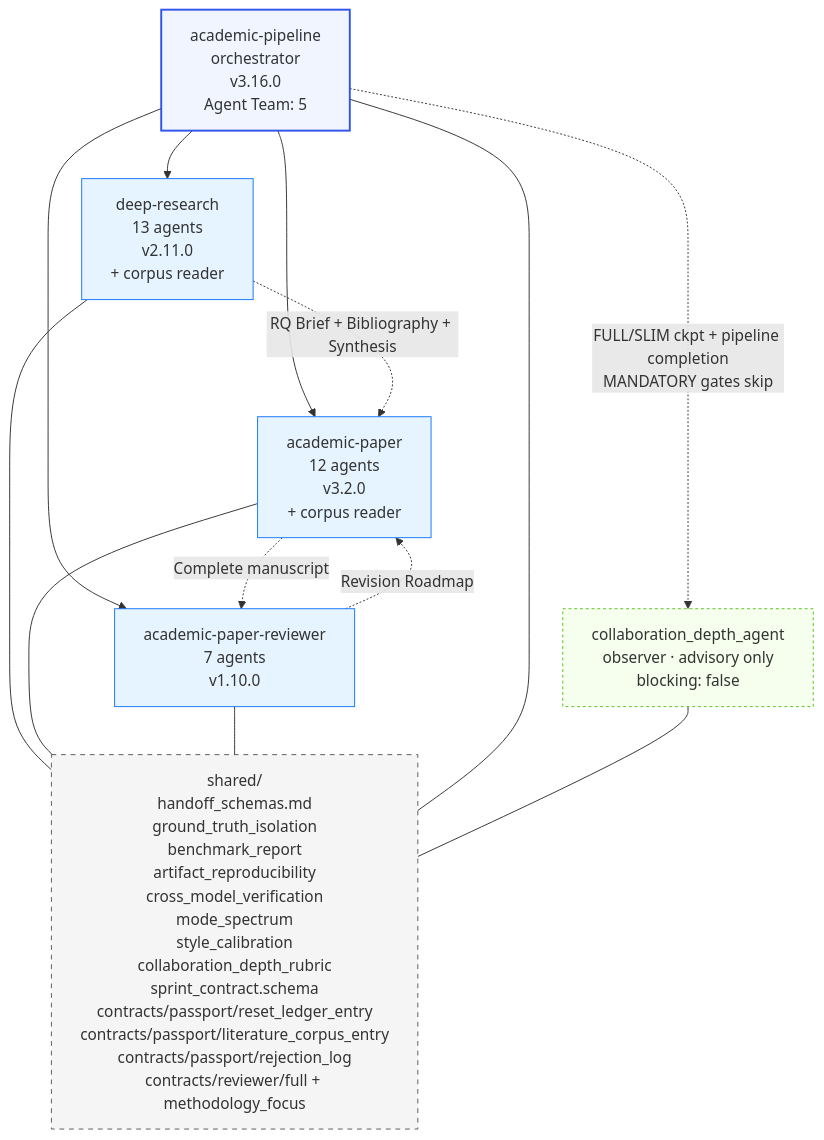
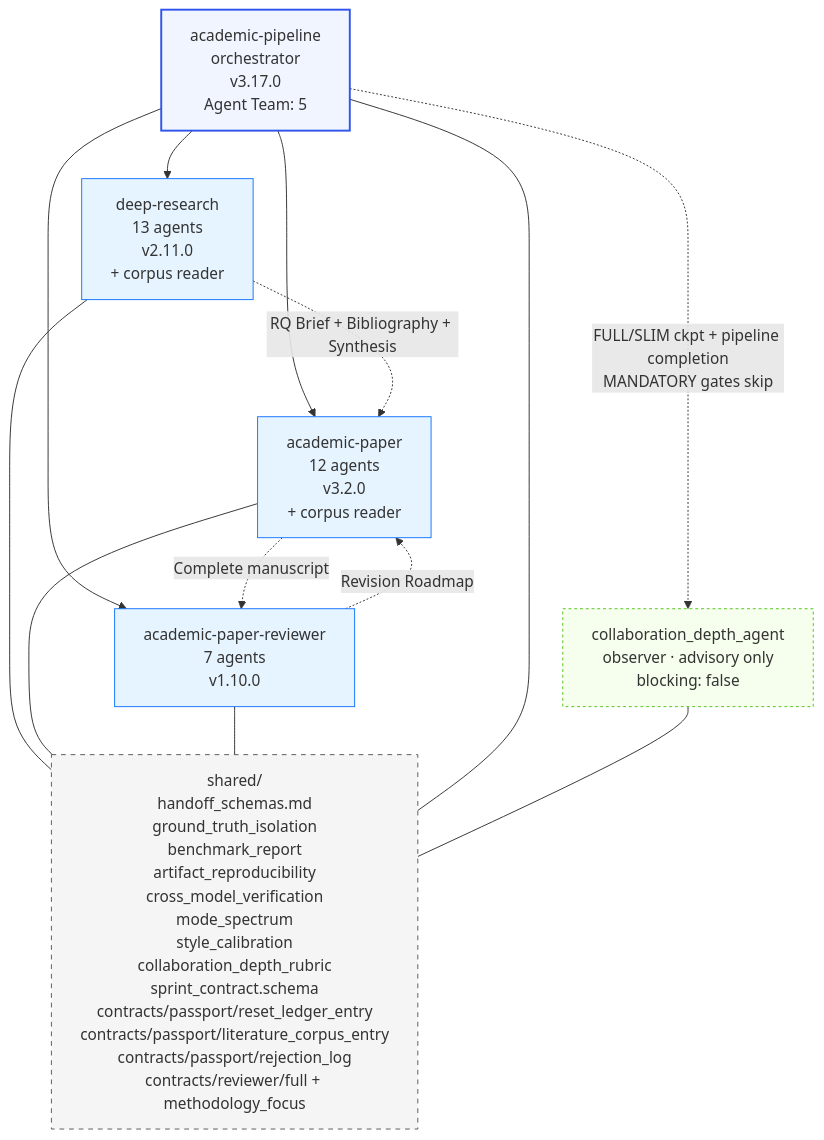
One commit to Imbad0202/academic-research-skills changed the fourth of 5 diagrams in docs/ARCHITECTURE.md. Above: the diagram before and after it, drawn with Mermaid. The commit also changed other lines of this file and 14 other files, not shown here.

````diff
--- a/docs/ARCHITECTURE.md
+++ b/docs/ARCHITECTURE.md
@@ -201,31 +201,31 @@
 ```mermaid
 graph TD
-    Pipeline[academic-pipeline<br/>orchestrator<br/>v3.16.0<br/>Agent Team: 5]
+    Pipeline[academic-pipeline<br/>orchestrator<br/>v3.17.0<br/>Agent Team: 5]
     Observer[collaboration_depth_agent<br/>observer · advisory only<br/>blocking: false]
     DR[deep-research<br/>13 agents<br/>v2.11.0<br/>+ corpus reader]
     AP[academic-paper<br/>12 agents<br/>v3.2.0<br/>+ corpus reader]
     APR[academic-paper-reviewer<br/>7 agents<br/>v1.10.0]
     Shared[shared/<br/>handoff_schemas.md<br/>ground_truth_isolation<br/>benchmark_report<br/>artifact_reproducibility<br/>cross_model_verification<br/>mode_spectrum<br/>style_calibration<br/>collaboration_depth_rubric<br/>sprint_contract.schema<br/>contracts/passport/reset_ledger_entry<br/>contracts/passport/literature_corpus_entry<br/>contracts/passport/rejection_log<br/>contracts/reviewer/full + methodology_focus]
 
     Pipeline --> DR
     Pipeline --> AP
     Pipeline --> APR
     Pipeline -. "FULL/SLIM ckpt + pipeline completion<br/>MANDATORY gates skip" .-> Observer
     DR -. "RQ Brief + Bibliography + Synthesis" .-> AP
     AP -. "Complete manuscript" .-> APR
     APR -. "Revision Roadmap" .-> AP
     DR --- Shared
     AP --- Shared
     APR --- Shared
     Pipeline --- Shared
     Observer --- Shared
 
     classDef orch fill:#f0f5ff,stroke:#2f54eb,stroke-width:2px
     classDef skill fill:#e6f4ff,stroke:#1677ff
     classDef shared fill:#f5f5f5,stroke:#595959,stroke-dasharray:5 5
     classDef observer fill:#f6ffed,stroke:#52c41a,stroke-dasharray:3 3
     class Pipeline orch
     class DR,AP,APR skill
     class Shared shared
     class Observer observer
 ```
````
